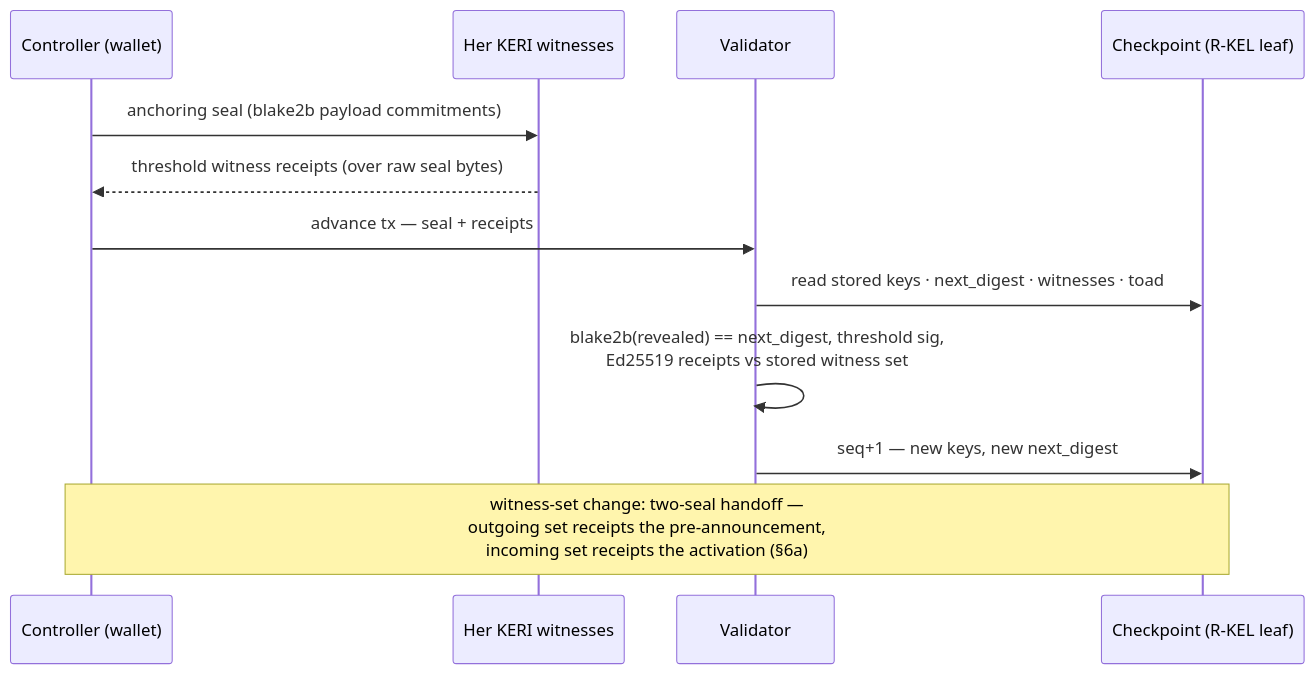
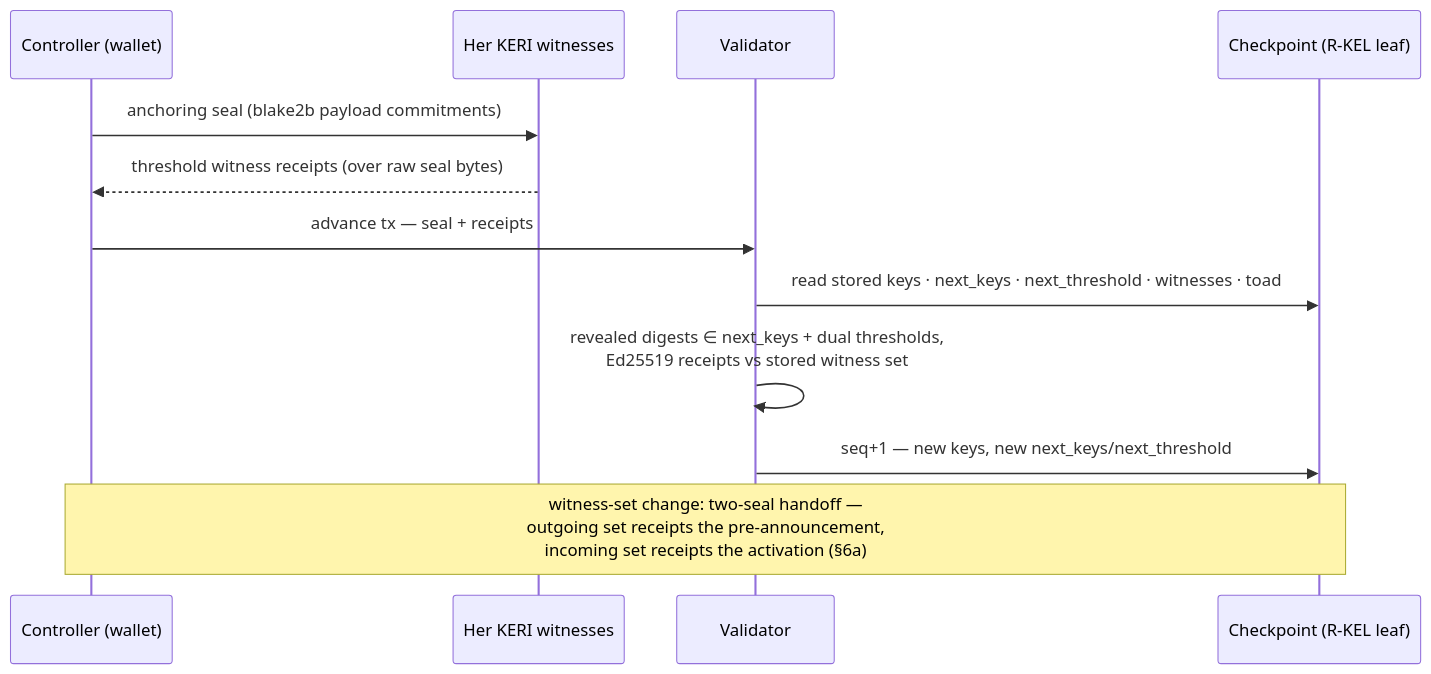
The fifth of 7 diagrams in docs/architecture/system.md (lambdasistemi/cardano-keri), drawn with Mermaid before and after one commit. The commit also changed 16 other files, not shown here.

````diff
--- a/docs/architecture/system.md
+++ b/docs/architecture/system.md
@@ -152,14 +152,14 @@
 ```mermaid
 sequenceDiagram
     participant CT as Controller (wallet)
     participant KW as Her KERI witnesses
     participant V as Validator
     participant CK as Checkpoint (R-KEL leaf)
     CT->>KW: anchoring seal (blake2b payload commitments)
     KW-->>CT: threshold witness receipts (over raw seal bytes)
     CT->>V: advance tx — seal + receipts
-    V->>CK: read stored keys · next_digest · witnesses · toad
-    V->>V: blake2b(revealed) == next_digest, threshold sig,<br/>Ed25519 receipts vs stored witness set
-    V->>CK: seq+1 — new keys, new next_digest
+    V->>CK: read stored keys · next_keys · next_threshold · witnesses · toad
+    V->>V: revealed digests ∈ next_keys + dual thresholds,<br/>Ed25519 receipts vs stored witness set
+    V->>CK: seq+1 — new keys, new next_keys/next_threshold
     Note over CT,CK: witness-set change: two-seal handoff —<br/>outgoing set receipts the pre-announcement,<br/>incoming set receipts the activation (§6a)
 ```
````
